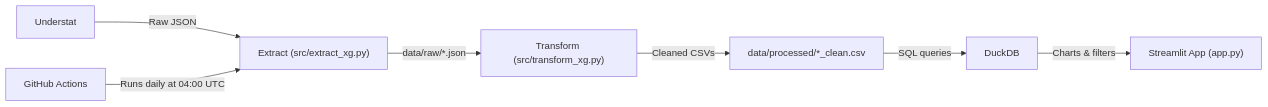
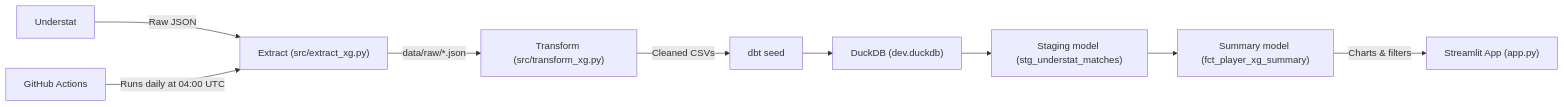
Before and after one commit to jtw0mey/pl-xg-data-pipeline: the diagram in README.md, drawn with Mermaid. The commit also changed other lines of this file, not shown here.

First line of the commit message:
Revise README for dbt integration and pipeline details

````diff
--- a/README.md
+++ b/README.md
@@ -25,9 +26,11 @@
 ```mermaid
 flowchart LR
     A[Understat] -->|Raw JSON| B["Extract (src/extract_xg.py)"]
     B -->|data/raw/*.json| C["Transform (src/transform_xg.py)"]
-    C -->|Cleaned CSVs| D["data/processed/*_clean.csv"]
-    D -->|SQL queries| E["DuckDB"]
-    E -->|Charts & filters| F["Streamlit App (app.py)"]
-    G[GitHub Actions] -->|Runs daily at 04:00 UTC| B
+    C -->|Cleaned CSVs| D["dbt seed"]
+    D --> E["DuckDB (dev.duckdb)"]
+    E --> F["Staging model (stg_understat_matches)"]
+    F --> G["Summary model (fct_player_xg_summary)"]
+    G -->|Charts & filters| H["Streamlit App (app.py)"]
+    I[GitHub Actions] -->|Runs daily at 04:00 UTC| B
 ```
````
